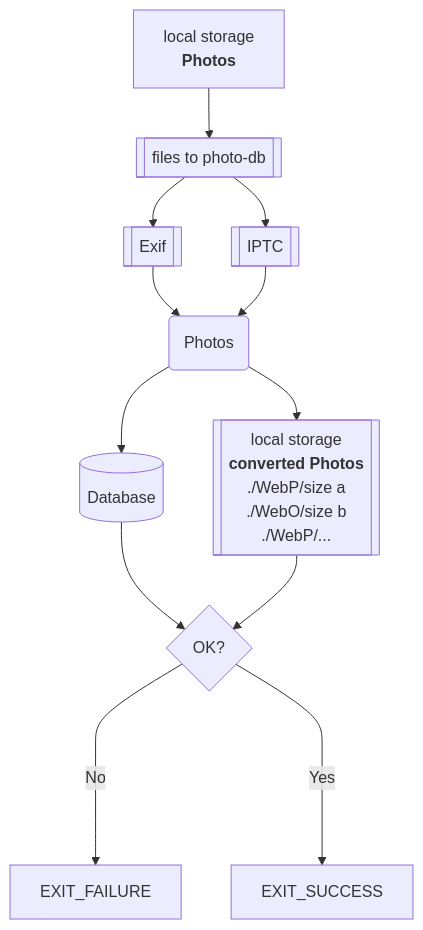
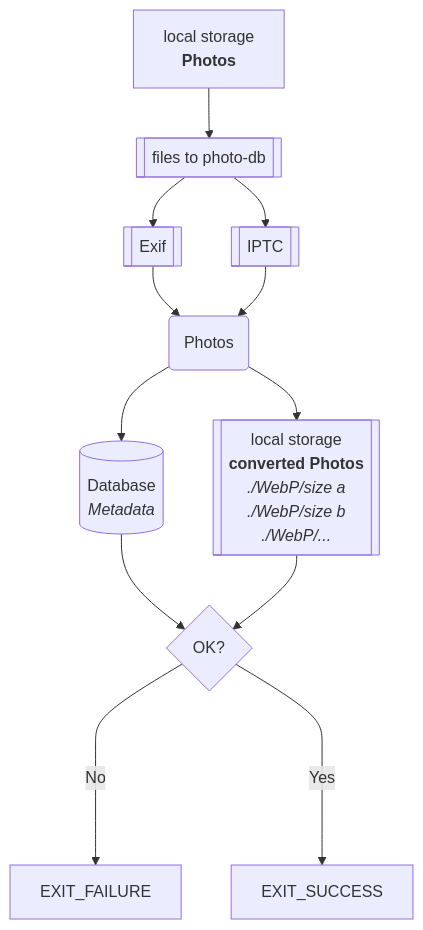
The first of 6 diagrams in README.md (Zheng-Bote/qt_files_photo-gallery), drawn with Mermaid before and after one commit. The commit also changed other lines of this file, not shown here.

Commit message:
upd: Mermaid

````diff
--- a/README.md
+++ b/README.md
@@ -326,13 +310,14 @@
 ```mermaid
 flowchart TD;
   A["`local storage
   **Photos**`"] --> P[[files to photo-db]]
   P --> E[[Exif]] & I[[IPTC]] --> M(Photos)
-  M --> D[(Database)] & N[["`local storage
+  M --> D[("`Database
+  _Metadata_`")] & N[["`local storage
   **converted Photos**
-  ./WebP/size a
-  ./WebO/size b
-  ./WebP/...`"]] --> C{OK?}
+  _./WebP/size a
+  ./WebP/size b
+  ./WebP/..._`"]] --> C{OK?}
   C ---->|No| F[EXIT_FAILURE]
   C ---->|Yes| O[EXIT_SUCCESS]
 ```
````
